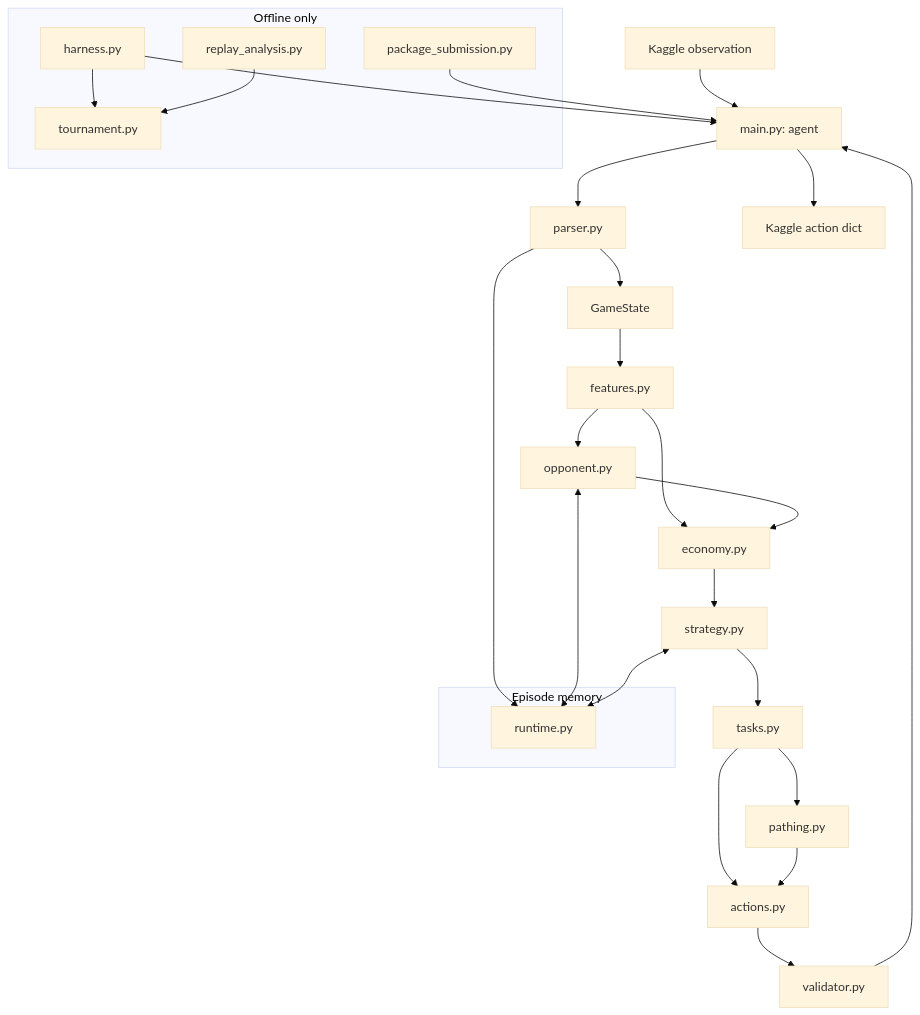
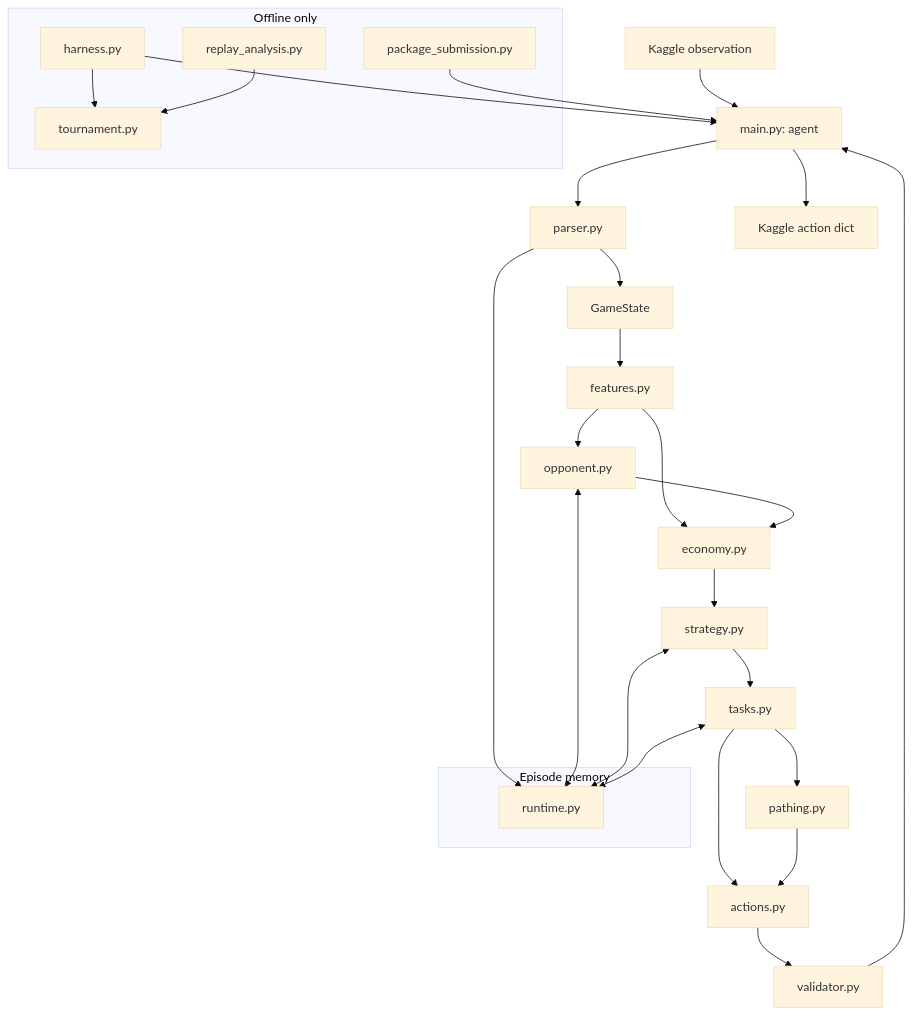
Before and after one commit to modolu/Tilla: the diagram in TILLA_ARCHITECTURE.md, drawn with Mermaid (base theme). The commit also changed other lines of this file and 19 other files, not shown here.

````diff
--- a/TILLA_ARCHITECTURE.md
+++ b/TILLA_ARCHITECTURE.md
@@ -99,38 +99,39 @@
 ```mermaid
 flowchart TD
     K[Kaggle observation] --> M[main.py: agent]
     M --> P[parser.py]
     P --> S[GameState]
     S --> D[features.py]
     D --> O[opponent.py]
     D --> E[economy.py]
     O --> E
     E --> G[strategy.py]
     G --> T[tasks.py]
     T --> R[pathing.py]
     T --> A[actions.py]
     R --> A
     A --> V[validator.py]
     V --> M
     M --> K2[Kaggle action dict]
 
     subgraph Episode memory
       X[runtime.py]
     end
 
     P --> X
     O <--> X
     G <--> X
+    T <--> X
 
     subgraph Offline only
       H[harness.py]
       B[tournament.py]
       Q[replay_analysis.py]
       PK[package_submission.py]
     end
 
     H --> M
     H --> B
     Q --> B
     PK --> M
 ```
````
